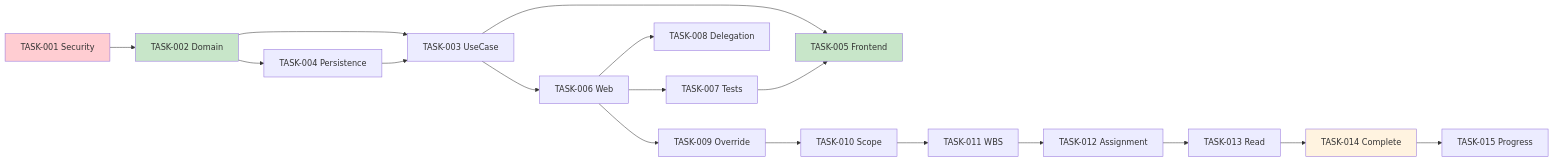
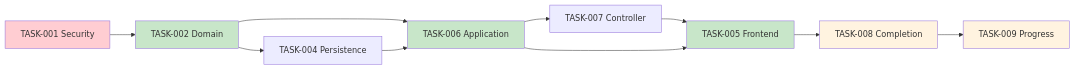
One commit to CalebBav234/Hard_Coders_SCRUM_Gestor_de_Tareas_Personales_Release_1 changed the third of 3 diagrams in .kilo/plans/hexagonal_restructure_plan.md. Above: the diagram before and after it, drawn with Mermaid. The commit also changed other lines of this file, not shown here.

````diff
--- a/.kilo/plans/hexagonal_restructure_plan.md
+++ b/.kilo/plans/hexagonal_restructure_plan.md
@@ -576,24 +374,19 @@
 ```mermaid
 graph LR
     A[TASK-001 Security] --> B[TASK-002 Domain]
     B --> C[TASK-004 Persistence]
-    B --> D[TASK-003 UseCase]
+    B --> D[TASK-006 Application]
     C --> D
-    D --> E[TASK-006 Web]
-    E --> F[TASK-007 Tests]
-    D --> G[TASK-005 Frontend]
-    F --> G
-    E --> H[TASK-008 Delegation]
-    E --> I[TASK-009 Override]
-    I --> J[TASK-010 Scope]
-    J --> K[TASK-011 WBS]
-    K --> L[TASK-012 Assignment]
-    L --> M[TASK-013 Read]
-    M --> N[TASK-014 Complete]
-    N --> O[TASK-015 Progress]
+    D --> E[TASK-007 Controller]
+    E --> F[TASK-005 Frontend]
+    D --> F
+    F --> G[TASK-008 Completion]
+    G --> H[TASK-009 Progress]
     
     style B fill:#c8e6c9
-    style G fill:#c8e6c9
+    style D fill:#c8e6c9
+    style F fill:#c8e6c9
     style A fill:#ffcdd2
-    style N fill:#fff3e0
+    style G fill:#fff3e0
+    style H fill:#fff3e0
 ```
````
